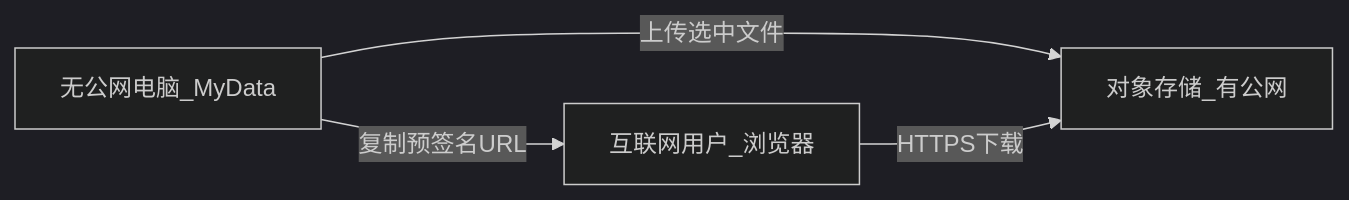
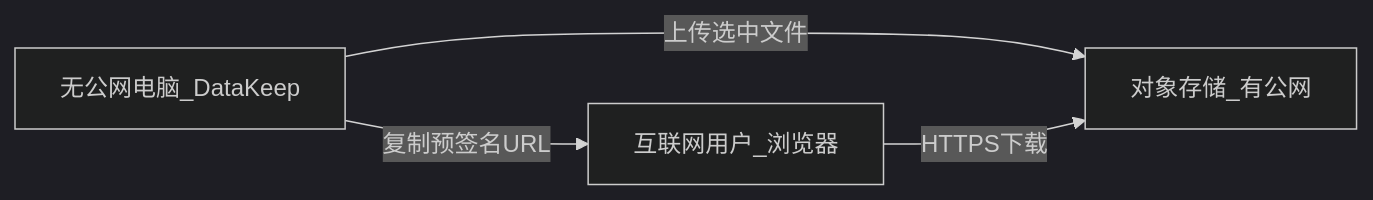
One commit to oldfeel/datakeep changed the third of 3 diagrams in docs/roadmap-preview-to-cloud.md. Above: the diagram before and after it, drawn with Mermaid (dark theme). The commit also changed other lines of this file and 330 other files, not shown here.

First line of the commit message:
refactor: 将项目名称从 MyData 统一重命名为 DataKeep

````diff
--- a/docs/roadmap-preview-to-cloud.md
+++ b/docs/roadmap-preview-to-cloud.md
@@ -140,9 +140,9 @@
 ```mermaid
 flowchart LR
-  PC[无公网电脑_MyData]
+  PC[无公网电脑_DataKeep]
   OSS[对象存储_有公网]
   User[互联网用户_浏览器]
   PC -->|"上传选中文件"| OSS
   PC -->|"复制预签名URL"| User
   User -->|"HTTPS下载"| OSS
 ```
````
